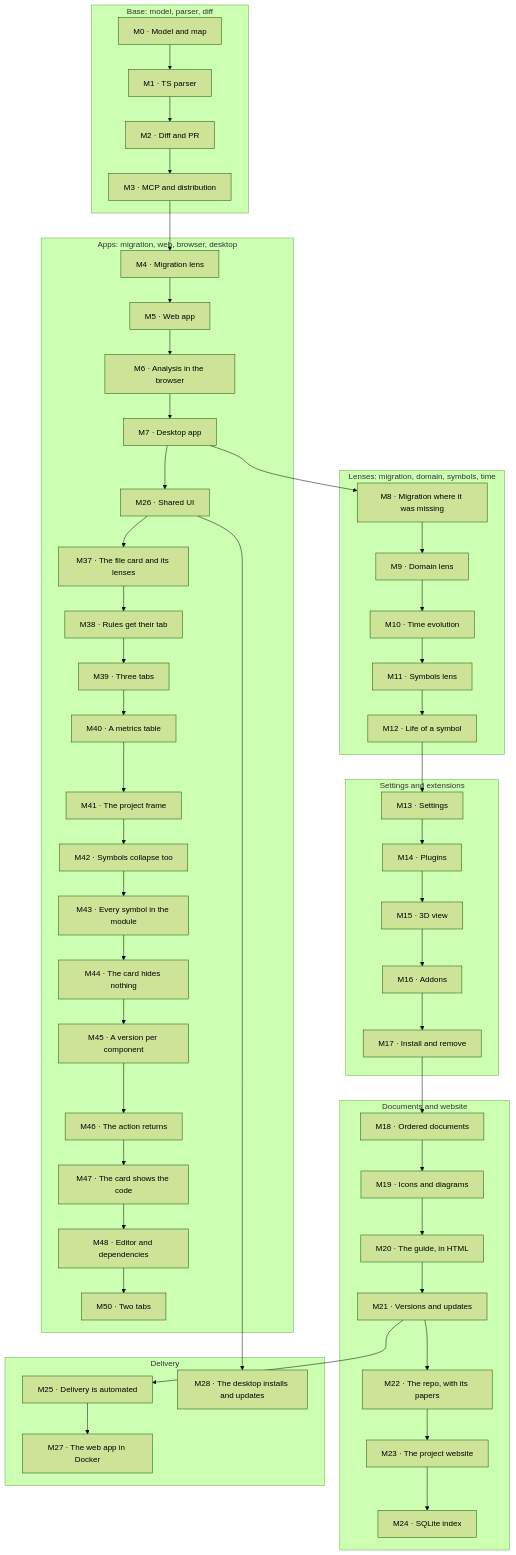
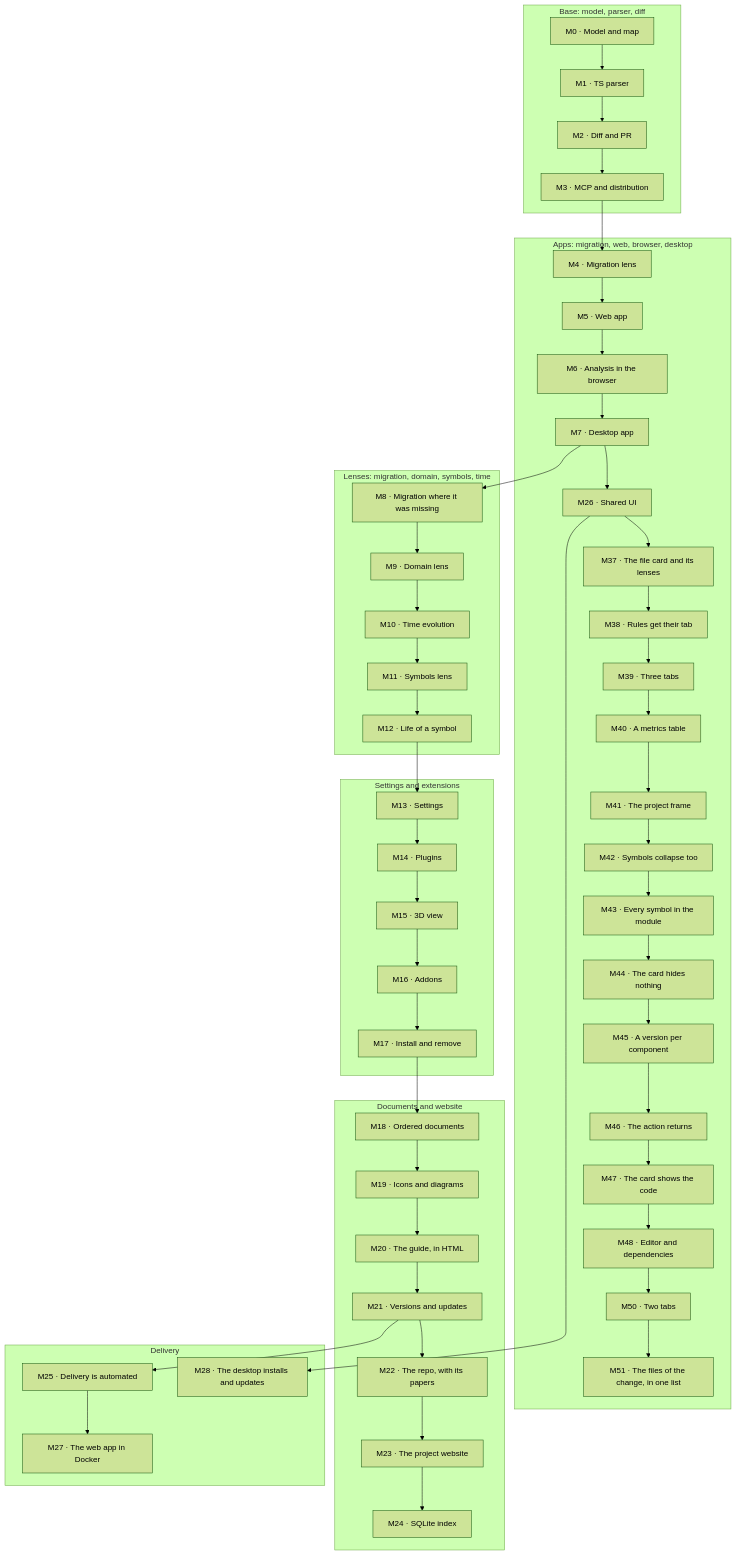
The diagram in apps/site/docs/en/adr/roadmap.md (jaminsmoke/codarch), drawn with Mermaid (forest theme) before and after one commit. The commit also changed other lines of this file and 9 other files, not shown here.

First line of the commit message:
feat(ui): read the changed files as one list

````diff
--- a/apps/site/docs/en/adr/roadmap.md
+++ b/apps/site/docs/en/adr/roadmap.md
@@ -42,57 +42,58 @@
 ```mermaid
 flowchart TD
   subgraph base["Base: model, parser, diff"]
     M0["M0 · Model and map"] --> M1["M1 · TS parser"]
     M1 --> M2["M2 · Diff and PR"]
     M2 --> M3["M3 · MCP and distribution"]
   end
   subgraph apps["Apps: migration, web, browser, desktop"]
     M4["M4 · Migration lens"] --> M5["M5 · Web app"]
     M5 --> M6["M6 · Analysis in the browser"]
     M6 --> M7["M7 · Desktop app"]
     M7 --> M26["M26 · Shared UI"]
     M26 --> M37["M37 · The file card and its lenses"]
     M37 --> M38["M38 · Rules get their tab"]
     M38 --> M39["M39 · Three tabs"]
     M39 --> M40["M40 · A metrics table"]
     M40 --> M41["M41 · The project frame"]
     M41 --> M42["M42 · Symbols collapse too"]
     M42 --> M43["M43 · Every symbol in the module"]
     M43 --> M44["M44 · The card hides nothing"]
     M44 --> M45["M45 · A version per component"]
     M45 --> M46["M46 · The action returns"]
     M46 --> M47["M47 · The card shows the code"]
     M47 --> M48["M48 · Editor and dependencies"]
     M48 --> M50["M50 · Two tabs"]
+    M50 --> M51["M51 · The files of the change, in one list"]
   end
   subgraph lenses["Lenses: migration, domain, symbols, time"]
     M8["M8 · Migration where it was missing"] --> M9["M9 · Domain lens"]
     M9 --> M10["M10 · Time evolution"]
     M10 --> M11["M11 · Symbols lens"]
     M11 --> M12["M12 · Life of a symbol"]
   end
   subgraph ext["Settings and extensions"]
     M13["M13 · Settings"] --> M14["M14 · Plugins"]
     M14 --> M15["M15 · 3D view"]
     M15 --> M16["M16 · Addons"]
     M16 --> M17["M17 · Install and remove"]
   end
   subgraph docs["Documents and website"]
     M18["M18 · Ordered documents"] --> M19["M19 · Icons and diagrams"]
     M19 --> M20["M20 · The guide, in HTML"]
     M20 --> M21["M21 · Versions and updates"]
     M21 --> M22["M22 · The repo, with its papers"]
     M22 --> M23["M23 · The project website"]
     M23 --> M24["M24 · SQLite index"]
   end
   subgraph delivery["Delivery"]
     M25["M25 · Delivery is automated"]
     M25 --> M27["M27 · The web app in Docker"]
     M26 --> M28["M28 · The desktop installs and updates"]
   end
   M3 --> M4
   M7 --> M8
   M12 --> M13
   M17 --> M18
   M21 --> M25
 ```
````
